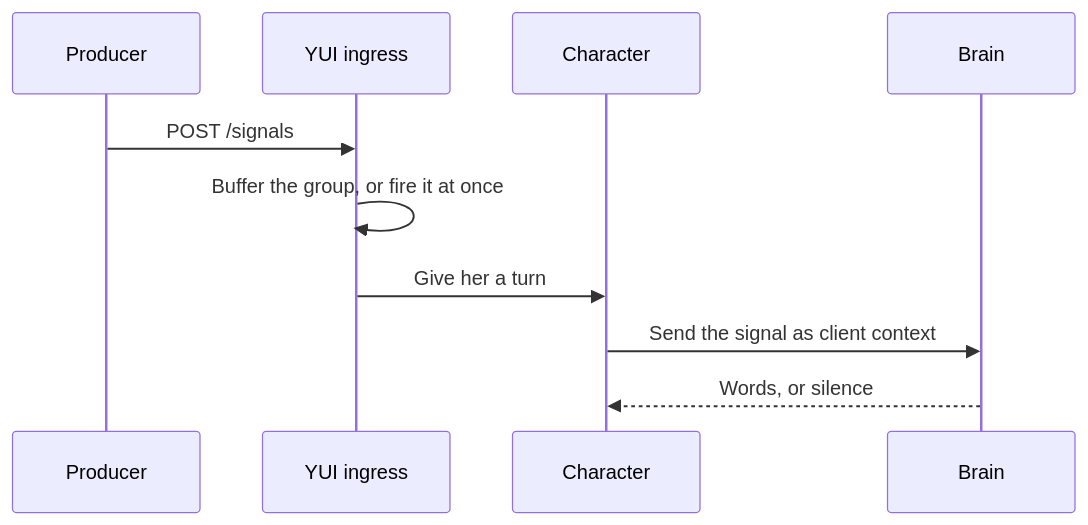
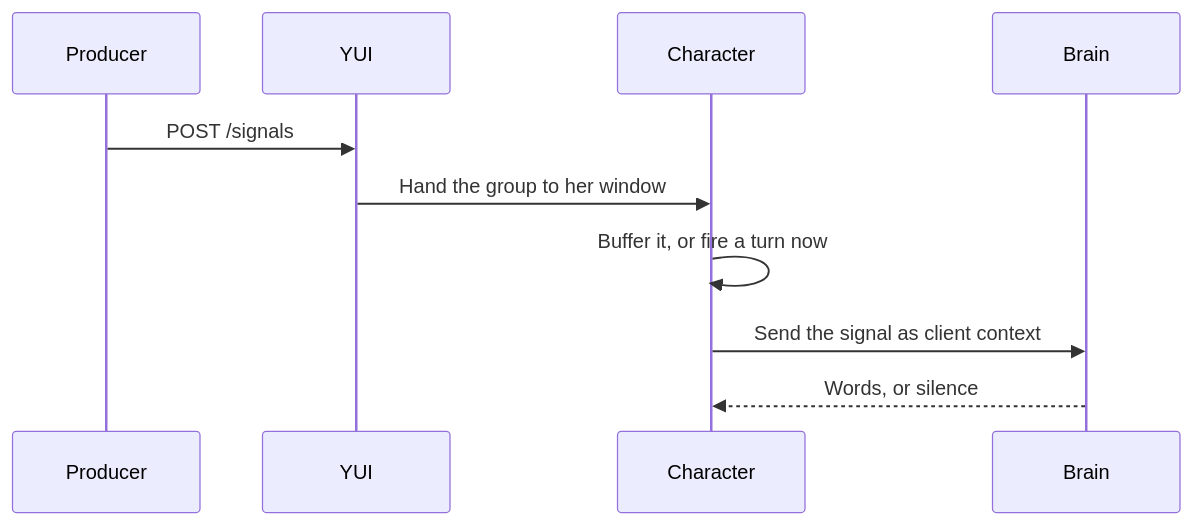
The diagram in docs/guide/signals-producer.md (yw0nam/YUI), drawn with Mermaid before and after one commit. The commit also changed other lines of this file and 1 other file, not shown here.

Commit message:
docs: Extend pages fix Restart, the deadline, the event_id anchor and the per-character URL

````diff
--- a/docs/guide/signals-producer.md
+++ b/docs/guide/signals-producer.md
@@ -5,12 +5,12 @@
 ```mermaid
 sequenceDiagram
   participant P as Producer
-  participant I as YUI ingress
+  participant Y as YUI
   participant C as Character
   participant B as Brain
-  P->>I: POST /signals
-  I->>I: Buffer the group, or fire it at once
-  I->>C: Give her a turn
+  P->>Y: POST /signals
+  Y->>C: Hand the group to her window
+  C->>C: Buffer it, or fire a turn now
   C->>B: Send the signal as client context
   B-->>C: Words, or silence
 ```
````
